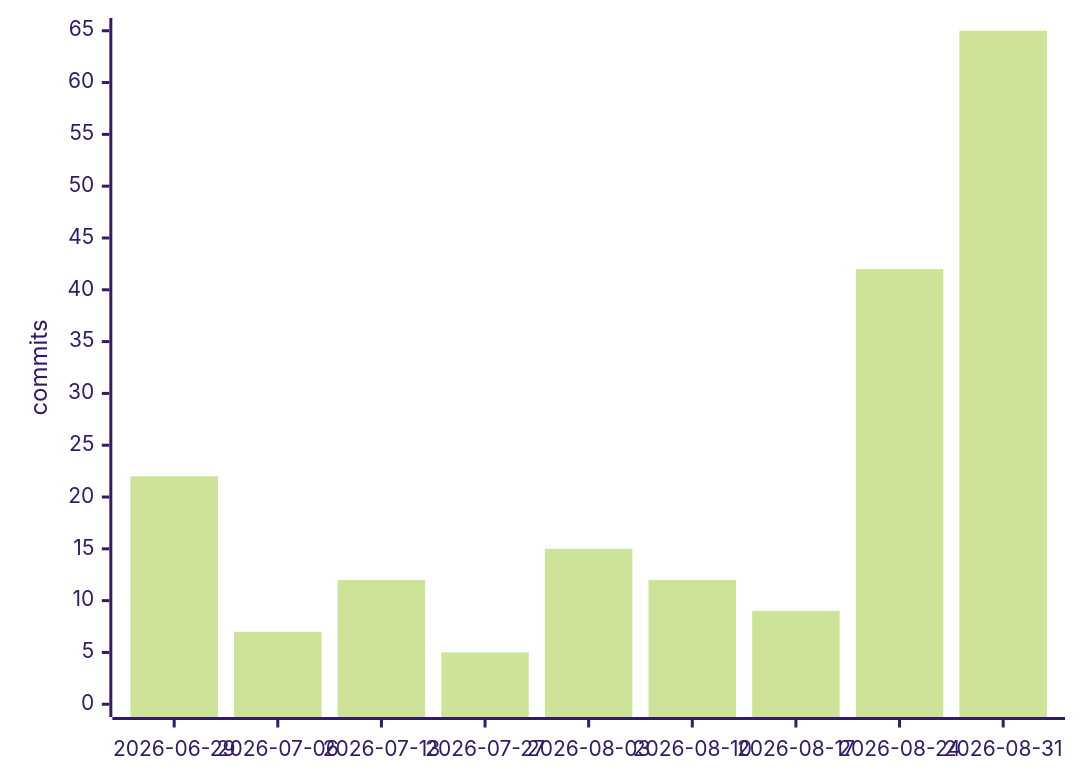
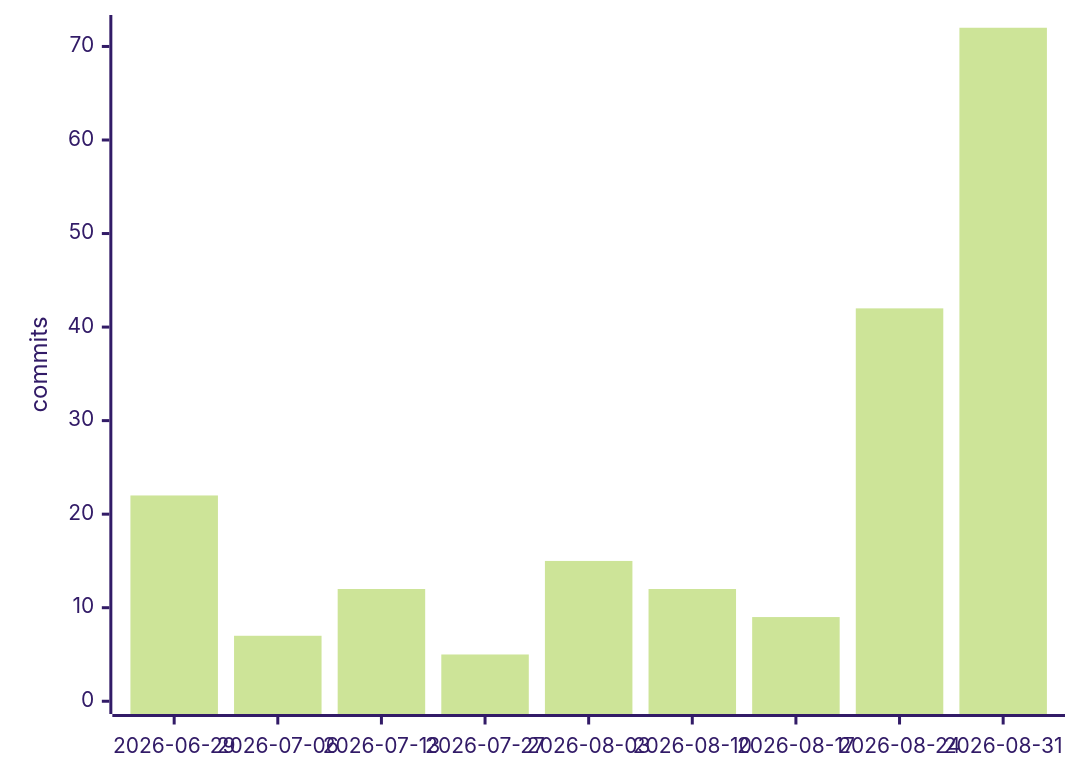
One commit to Manashjyoti-Bora/Manashjyoti-Bora changed the seventh of 7 diagrams in README.md. Above: the diagram before and after it, drawn with Mermaid (forest theme). The commit also changed other lines of this file and 4 other files, not shown here.

````diff
--- a/README.md
+++ b/README.md
@@ -539,6 +539,6 @@
 ```mermaid
 xychart-beta
     x-axis ["2026-06-29", "2026-07-06", "2026-07-13", "2026-07-27", "2026-08-03", "2026-08-10", "2026-08-17", "2026-08-24", "2026-08-31"]
-    y-axis "commits" 0 --> 65
-    bar [22, 7, 12, 5, 15, 12, 9, 42, 65]
+    y-axis "commits" 0 --> 72
+    bar [22, 7, 12, 5, 15, 12, 9, 42, 72]
 ```
````
